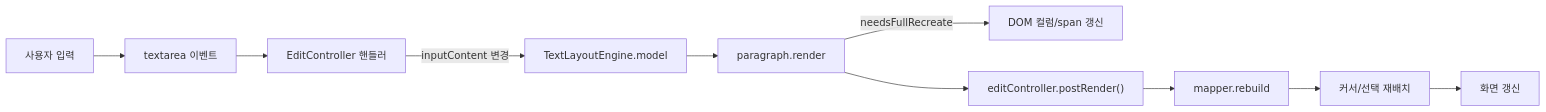
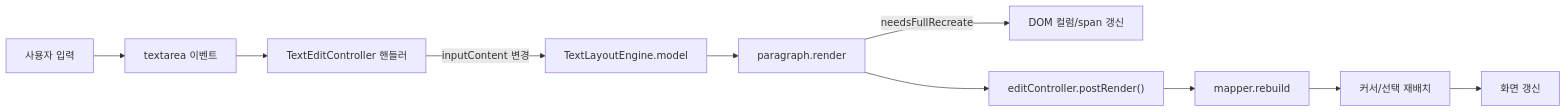
One commit to kyiimn/layout-element changed the second of 14 diagrams in docs/EDITING_TEXT.md. Above: the diagram before and after it, drawn with Mermaid. The commit also changed other lines of this file, not shown here.

First line of the commit message:
docs: EDITING_TEXT.md에 TextEditController rename 및 EditManager 텍스트 편집 모드 API 반영

````diff
--- a/docs/EDITING_TEXT.md
+++ b/docs/EDITING_TEXT.md
@@ -64,12 +66,12 @@
 ```mermaid
 flowchart LR
     A[사용자 입력] --> B["textarea 이벤트"]
-    B --> C[EditController 핸들러]
+    B --> C[TextEditController 핸들러]
     C -->|inputContent 변경| D["TextLayoutEngine.model"]
     D --> E[paragraph.render]
     E -->|needsFullRecreate| F[DOM 컬럼/span 갱신]
     E --> G["editController.postRender()"]
     G --> H[mapper.rebuild]
     H --> I["커서/선택 재배치"]
     I --> J[화면 갱신]
 ```
````
